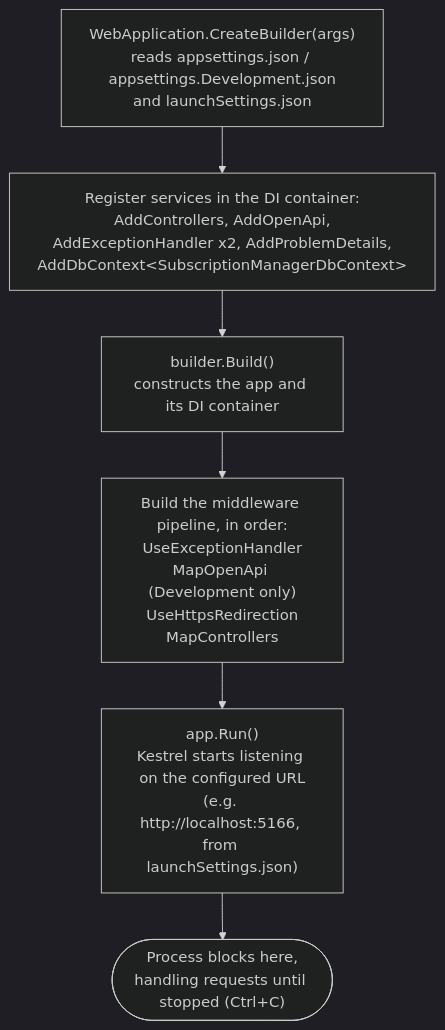
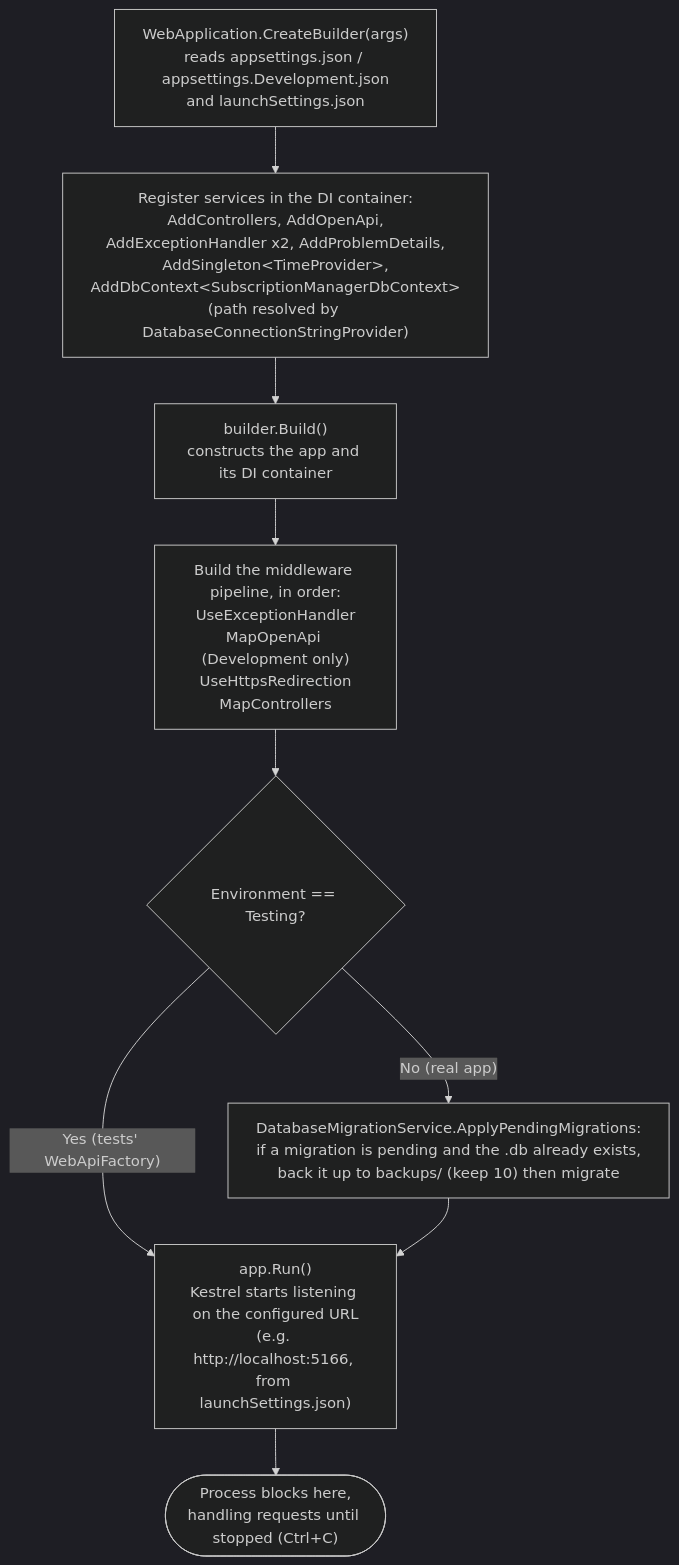
One commit to Manueh9/SubscriptionManager changed the first of 2 diagrams in docs/Architecture/Architecture.en.md. Above: the diagram before and after it, drawn with Mermaid (dark theme). The commit also changed other lines of this file and 15 other files, not shown here.

Commit message:
feat: move the database under AppData and back it up before migrating

````diff
--- a/docs/Architecture/Architecture.en.md
+++ b/docs/Architecture/Architecture.en.md
@@ -21,8 +21,11 @@
 ```mermaid
 flowchart TD
-    A["WebApplication.CreateBuilder(args)<br/>reads appsettings.json / appsettings.Development.json<br/>and launchSettings.json"] --> B["Register services in the DI container:<br/>AddControllers, AddOpenApi,<br/>AddExceptionHandler x2, AddProblemDetails,<br/>AddDbContext&lt;SubscriptionManagerDbContext&gt;"]
+    A["WebApplication.CreateBuilder(args)<br/>reads appsettings.json / appsettings.Development.json<br/>and launchSettings.json"] --> B["Register services in the DI container:<br/>AddControllers, AddOpenApi,<br/>AddExceptionHandler x2, AddProblemDetails,<br/>AddSingleton&lt;TimeProvider&gt;,<br/>AddDbContext&lt;SubscriptionManagerDbContext&gt;<br/>(path resolved by DatabaseConnectionStringProvider)"]
     B --> C["builder.Build()<br/>constructs the app and its DI container"]
     C --> D["Build the middleware pipeline, in order:<br/>UseExceptionHandler<br/>MapOpenApi (Development only)<br/>UseHttpsRedirection<br/>MapControllers"]
-    D --> E["app.Run()<br/>Kestrel starts listening on the configured URL<br/>(e.g. http://localhost:5166, from launchSettings.json)"]
+    D --> G{"Environment == Testing?"}
+    G -- "No (real app)" --> H["DatabaseMigrationService.ApplyPendingMigrations:<br/>if a migration is pending and the .db already exists,<br/>back it up to backups/ (keep 10) then migrate"]
+    G -- "Yes (tests' WebApiFactory)" --> E
+    H --> E["app.Run()<br/>Kestrel starts listening on the configured URL<br/>(e.g. http://localhost:5166, from launchSettings.json)"]
     E --> F(["Process blocks here,<br/>handling requests until stopped (Ctrl+C)"])
 ```
````
